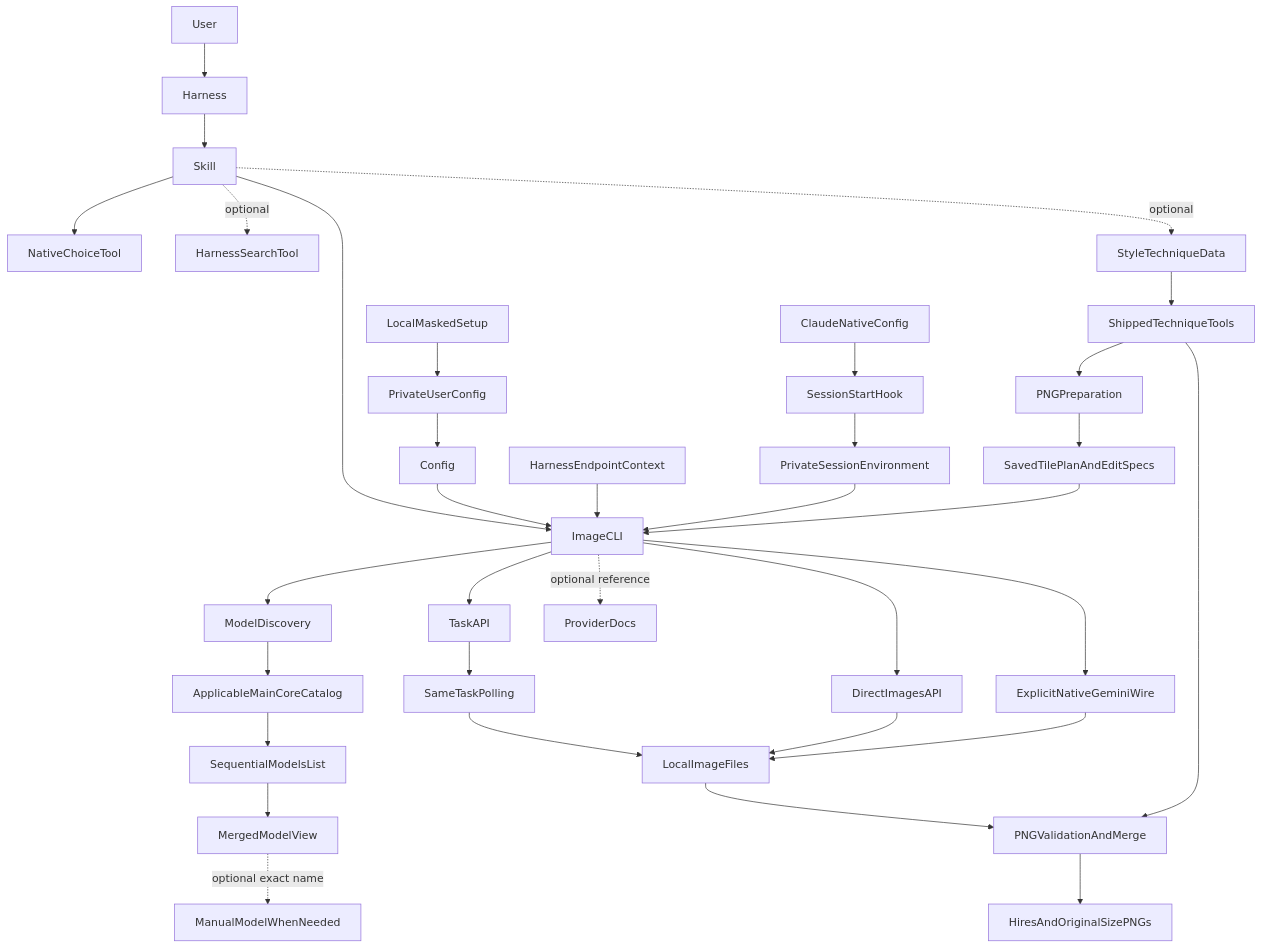
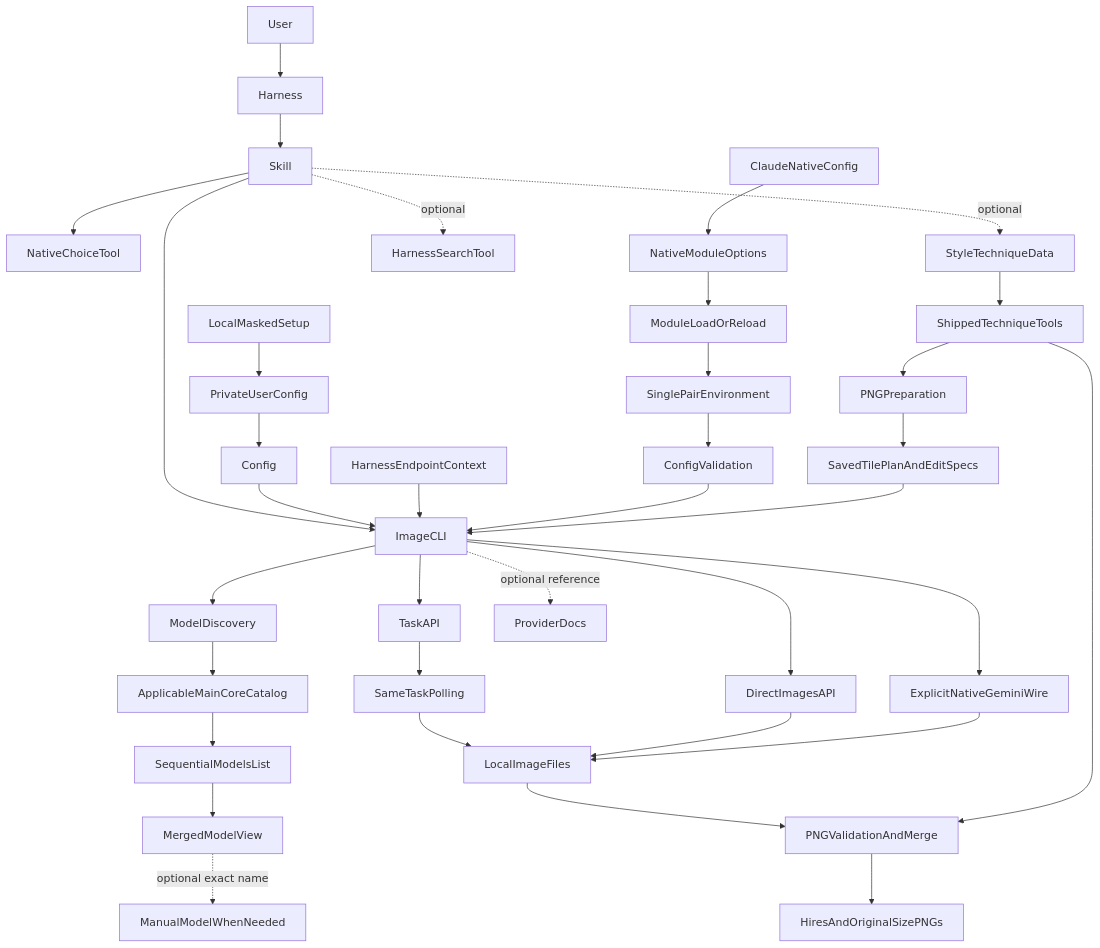
The first of 2 diagrams in diagram/STRUCTURE.md (DarKWinGTM/Nodeclaw-Image-Gen), drawn with Mermaid before and after one commit. The commit also changed other lines of this file and 18 other files, not shown here.

First line of the commit message:
fix: refresh native plugin configuration on reload

````diff
--- a/diagram/STRUCTURE.md
+++ b/diagram/STRUCTURE.md
@@ -13,36 +13,38 @@
 ```mermaid
 flowchart TD
     User --> Harness
     Harness --> Skill
     Skill --> NativeChoiceTool
     Skill --> ImageCLI
     Config --> ImageCLI
     HarnessEndpointContext --> ImageCLI
     ImageCLI --> ModelDiscovery
     ModelDiscovery --> ApplicableMainCoreCatalog
     ApplicableMainCoreCatalog --> SequentialModelsList
     SequentialModelsList --> MergedModelView
     MergedModelView -. optional exact name .-> ManualModelWhenNeeded
     ImageCLI --> TaskAPI
     TaskAPI --> SameTaskPolling
     SameTaskPolling --> LocalImageFiles
     ImageCLI --> DirectImagesAPI
     DirectImagesAPI --> LocalImageFiles
     ImageCLI --> ExplicitNativeGeminiWire
     ExplicitNativeGeminiWire --> LocalImageFiles
     LocalMaskedSetup --> PrivateUserConfig
     PrivateUserConfig --> Config
-    ClaudeNativeConfig --> SessionStartHook
-    SessionStartHook --> PrivateSessionEnvironment
-    PrivateSessionEnvironment --> ImageCLI
+    ClaudeNativeConfig --> NativeModuleOptions
+    NativeModuleOptions --> ModuleLoadOrReload
+    ModuleLoadOrReload --> SinglePairEnvironment
+    SinglePairEnvironment --> ConfigValidation
+    ConfigValidation --> ImageCLI
     Skill -. optional .-> HarnessSearchTool
     Skill -. optional .-> StyleTechniqueData
     StyleTechniqueData --> ShippedTechniqueTools
     ShippedTechniqueTools --> PNGPreparation
     PNGPreparation --> SavedTilePlanAndEditSpecs
     SavedTilePlanAndEditSpecs --> ImageCLI
     LocalImageFiles --> PNGValidationAndMerge
     ShippedTechniqueTools --> PNGValidationAndMerge
     PNGValidationAndMerge --> HiresAndOriginalSizePNGs
     ImageCLI -. optional reference .-> ProviderDocs
 ```
````
